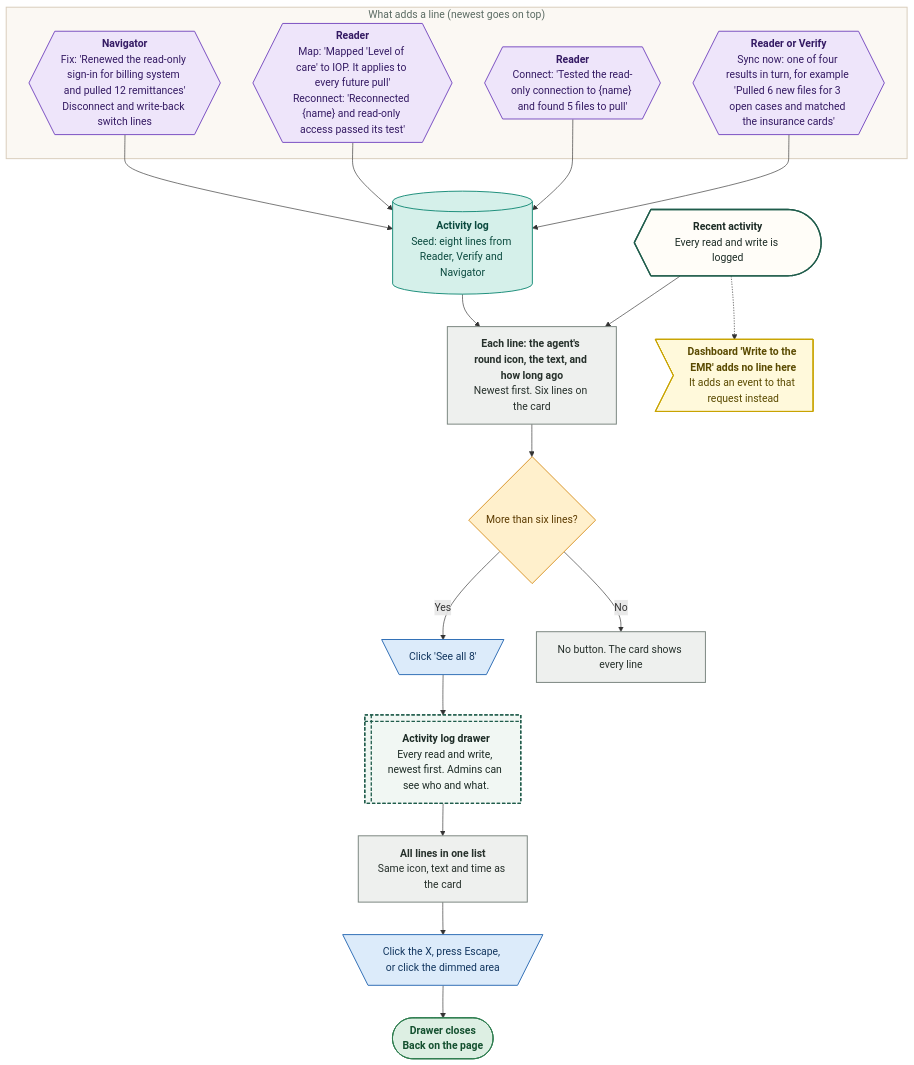
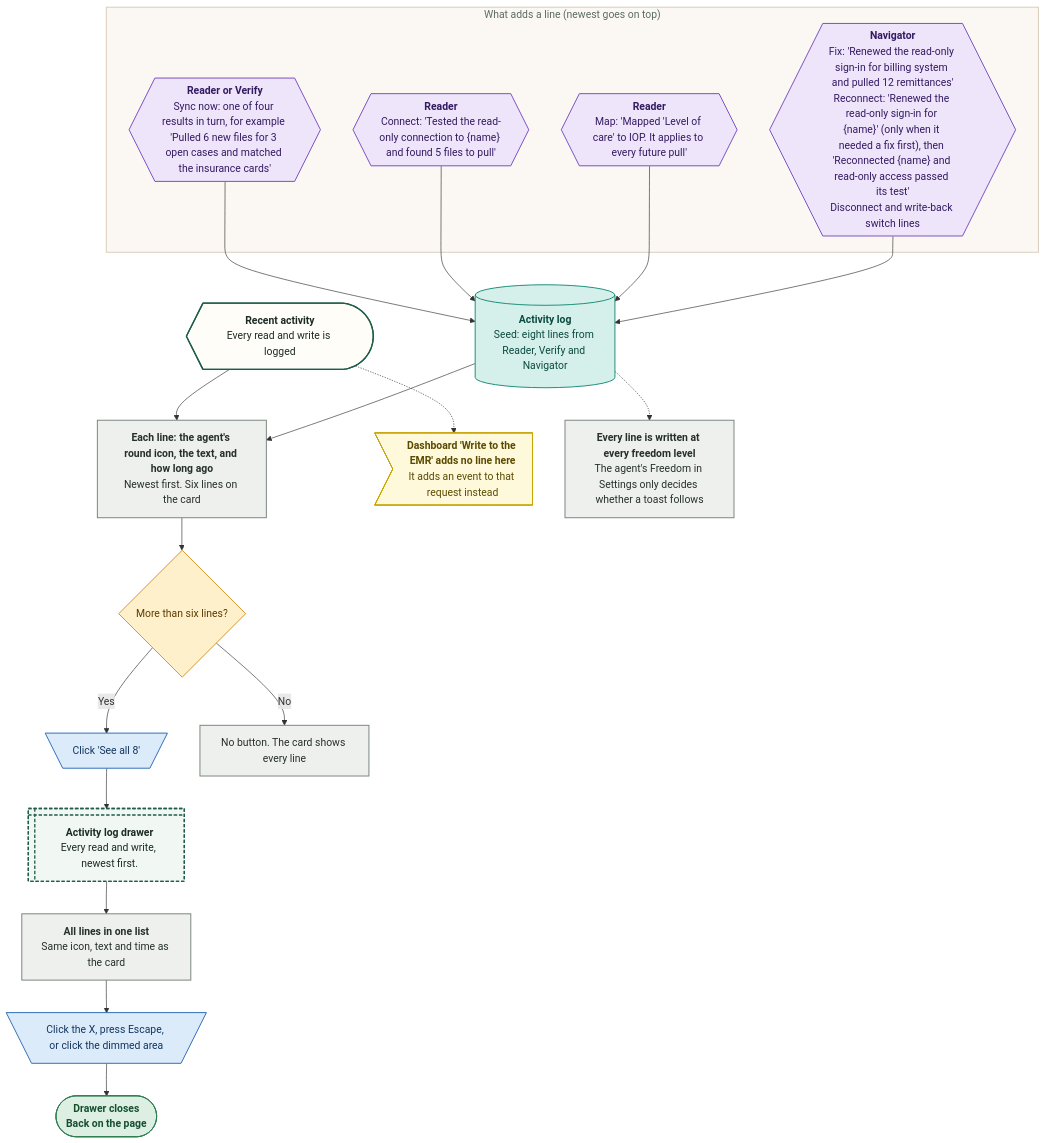
Before and after one commit to Shrav143/psyfloapp: the fourth of 17 diagrams in demos/prior-auth-demo/workflows/out/md/09-emr-connect.md, drawn with Mermaid. The commit also changed other lines of this file and 195 other files, not shown here.

First line of the commit message:
docs: Rebuild workflow diagrams after the demo fixes (220 diagrams)

````diff
--- a/demos/prior-auth-demo/workflows/out/md/09-emr-connect.md
+++ b/demos/prior-auth-demo/workflows/out/md/09-emr-connect.md
@@ -274,53 +279,55 @@
 ```mermaid
 %%{init: {"theme":"base","themeVariables":{"fontFamily":"'DM Sans', 'Segoe UI', system-ui, sans-serif","fontSize":"15px","lineColor":"#5B6B63","primaryTextColor":"#1C2B25","clusterBkg":"#FBF8F3","clusterBorder":"#D9CDBB","edgeLabelBackground":"#FFFFFF"},"flowchart":{"curve":"basis","nodeSpacing":36,"rankSpacing":48,"padding":12,"htmlLabels":true,"useMaxWidth":false,"wrappingWidth":230}} }%%
 flowchart TD
   classDef k_start fill:#1F5C4B,stroke:#174638,color:#FFFFFF,stroke-width:1.5px,font-weight:600
   classDef k_end fill:#DDEFE3,stroke:#2E7D4F,color:#14502F,stroke-width:1.5px,font-weight:600
   classDef k_endx fill:#FBE3E0,stroke:#C0392B,color:#7A1F16,stroke-width:1.5px,font-weight:600
   classDef k_screen fill:#FFFDF8,stroke:#1F5C4B,color:#1C2B25,stroke-width:2px
   classDef k_overlay fill:#F1F7F3,stroke:#1F5C4B,color:#1C2B25,stroke-width:2px,stroke-dasharray:5 3
   classDef k_click fill:#DCEBFA,stroke:#2F6DB5,color:#12365F,stroke-width:1.5px
   classDef k_input fill:#E4E7FF,stroke:#4C5FD5,color:#1D2670,stroke-width:1.5px
   classDef k_process fill:#EEF0EE,stroke:#7A857F,color:#26302B,stroke-width:1.5px
   classDef k_agent fill:#EEE5FA,stroke:#7A4FC2,color:#341A63,stroke-width:1.5px
   classDef k_decision fill:#FFF0CC,stroke:#D9962B,color:#5C3B00,stroke-width:1.5px
   classDef k_store fill:#D5F0EA,stroke:#1C8E7B,color:#0B4A3F,stroke-width:1.5px
   classDef k_doc fill:#F6E9DC,stroke:#B07A4C,color:#4A2E14,stroke-width:1.5px
   classDef k_ext fill:#FFE6D2,stroke:#E07B39,color:#6B2F06,stroke-width:1.5px
   classDef k_wait fill:#E4E8EE,stroke:#6B7C93,color:#26303D,stroke-width:1.5px
   classDef k_toast fill:#FFF9DB,stroke:#C9A400,color:#5A4A00,stroke-width:1.5px
   classDef k_goto fill:#FFFFFF,stroke:#1F5C4B,color:#1F5C4B,stroke-width:1.5px,stroke-dasharray:5 3
   p1@{ shape: curv-trap, label: "<b>Recent activity</b><br/>Every read and write is logged" }
   r1@{ shape: rect, label: "<b>Each line: the agent's round icon, the text, and how long ago</b><br/>Newest first. Six lines on the card" }
   q1@{ shape: diam, label: "More than six lines?" }
   b1@{ shape: trap-t, label: "Click 'See all 8'" }
   nb@{ shape: rect, label: "No button. The card shows every line" }
-  o1@{ shape: win-pane, label: "<b>Activity log drawer</b><br/>Every read and write, newest first. Admins can see who and what." }
+  o1@{ shape: win-pane, label: "<b>Activity log drawer</b><br/>Every read and write, newest first." }
   o2@{ shape: rect, label: "<b>All lines in one list</b><br/>Same icon, text and time as the card" }
   x1@{ shape: trap-t, label: "Click the X, press Escape, or click the dimmed area" }
   e1@{ shape: stadium, label: "<b>Drawer closes</b><br/>Back on the page" }
   subgraph gAdds ["What adds a line (newest goes on top)"]
   l1@{ shape: hex, label: "<b>Reader or Verify</b><br/>Sync now: one of four results in turn, for example 'Pulled 6 new files for 3 open cases and matched the insurance cards'" }
   l2@{ shape: hex, label: "<b>Reader</b><br/>Connect: 'Tested the read-only connection to {name} and found 5 files to pull'" }
-  l3@{ shape: hex, label: "<b>Reader</b><br/>Map: 'Mapped 'Level of care' to IOP. It applies to every future pull'<br/>Reconnect: 'Reconnected {name} and read-only access passed its test'" }
-  l4@{ shape: hex, label: "<b>Navigator</b><br/>Fix: 'Renewed the read-only sign-in for billing system and pulled 12 remittances'<br/>Disconnect and write-back switch lines" }
+  l3@{ shape: hex, label: "<b>Reader</b><br/>Map: 'Mapped 'Level of care' to IOP. It applies to every future pull'" }
+  l4@{ shape: hex, label: "<b>Navigator</b><br/>Fix: 'Renewed the read-only sign-in for billing system and pulled 12 remittances'<br/>Reconnect: 'Renewed the read-only sign-in for {name}' (only when it needed a fix first), then 'Reconnected {name} and read-only access passed its test'<br/>Disconnect and write-back switch lines" }
   end
   st@{ shape: cyl, label: "<b>Activity log</b><br/>Seed: eight lines from Reader, Verify and Navigator" }
   nt@{ shape: odd, label: "<b>Dashboard 'Write to the EMR' adds no line here</b><br/>It adds an event to that request instead" }
+  fz@{ shape: rect, label: "<b>Every line is written at every freedom level</b><br/>The agent's Freedom in Settings only decides whether a toast follows" }
   p1 --> r1 --> q1
   q1 -->|"Yes"| b1 --> o1 --> o2 --> x1 --> e1
   q1 -->|"No"| nb
   l1 & l2 & l3 & l4 --> st
   st --> r1
   p1 -.-> nt
+  st -.-> fz
   class p1 k_screen
-  class r1,nb,o2 k_process
+  class r1,nb,o2,fz k_process
   class q1 k_decision
   class b1,x1 k_click
   class o1 k_overlay
   class e1 k_end
   class l1,l2,l3,l4 k_agent
   class st k_store
   class nt k_toast
   style gAdds fill:#FBF8F3,stroke:#D9CDBB,stroke-width:1.5px,color:#5B6B63
 ```
````
